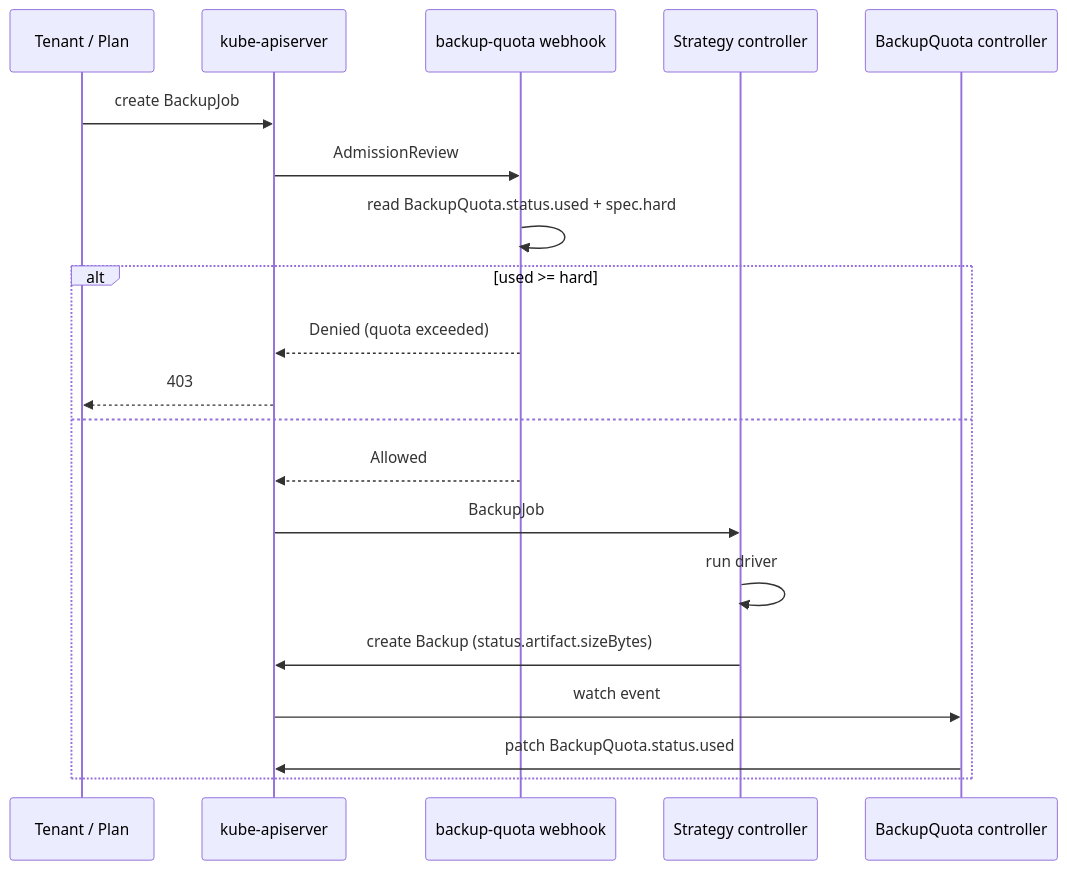
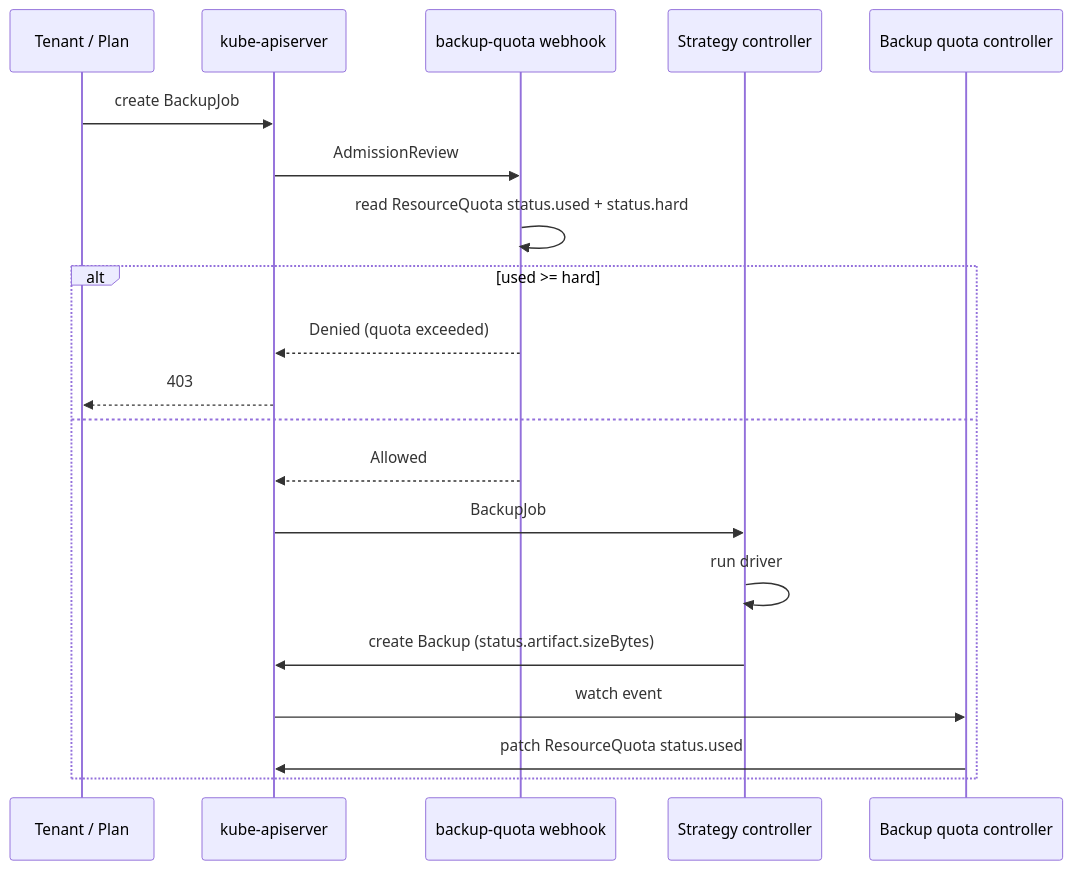
The diagram in design-proposals/backup-storage-quota/README.md (cozystack/community), drawn with Mermaid before and after one commit. The commit also changed other lines of this file, not shown here.

First line of the commit message:
docs(design): account backup storage in ResourceQuota, not a new CRD

````diff
--- a/design-proposals/backup-storage-quota/README.md
+++ b/design-proposals/backup-storage-quota/README.md
@@ -228,23 +302,23 @@
 ```mermaid
 sequenceDiagram
     participant T as Tenant / Plan
     participant API as kube-apiserver
     participant W as backup-quota webhook
     participant S as Strategy controller
-    participant Q as BackupQuota controller
+    participant Q as Backup quota controller
 
     T->>API: create BackupJob
     API->>W: AdmissionReview
-    W->>W: read BackupQuota.status.used + spec.hard
+    W->>W: read ResourceQuota status.used + status.hard
     alt used >= hard
         W-->>API: Denied (quota exceeded)
         API-->>T: 403
     else
         W-->>API: Allowed
         API->>S: BackupJob
         S->>S: run driver
         S->>API: create Backup (status.artifact.sizeBytes)
         API->>Q: watch event
-        Q->>API: patch BackupQuota.status.used
+        Q->>API: patch ResourceQuota status.used
     end
 ```
````
